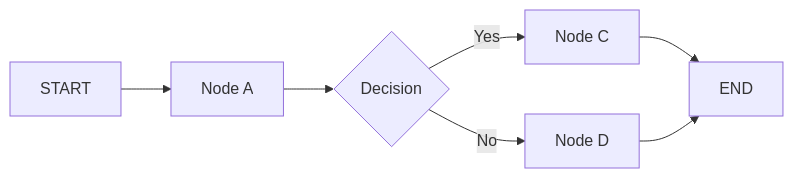
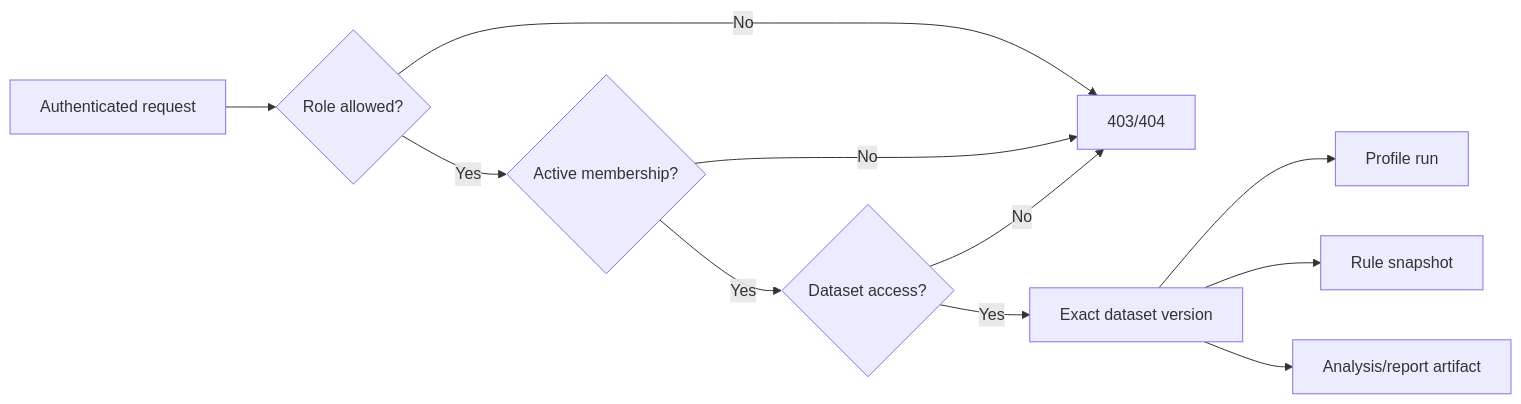
The fourth of 8 diagrams in ARCHITECTURE.md (Phongnhv/P_28_Deploy), drawn with Mermaid before and after one commit. The commit also changed other lines of this file and 30 other files, not shown here.

````diff
--- a/ARCHITECTURE.md
+++ b/ARCHITECTURE.md
@@ -74,9 +133,13 @@
 ```mermaid
-graph LR
-    START --> A[Node A]
-    A --> B{Decision}
-    B -->|Yes| C[Node C]
-    B -->|No| D[Node D]
-    C --> E[END]
-    D --> E
+flowchart LR
+    Request[Authenticated request] --> Role{Role allowed?}
+    Role -->|No| Deny[403/404]
+    Role -->|Yes| Workspace{Active membership?}
+    Workspace -->|No| Deny
+    Workspace -->|Yes| Dataset{Dataset access?}
+    Dataset -->|No| Deny
+    Dataset -->|Yes| Version[Exact dataset version]
+    Version --> Profile[Profile run]
+    Version --> Rules[Rule snapshot]
+    Version --> Report[Analysis/report artifact]
 ```
````
